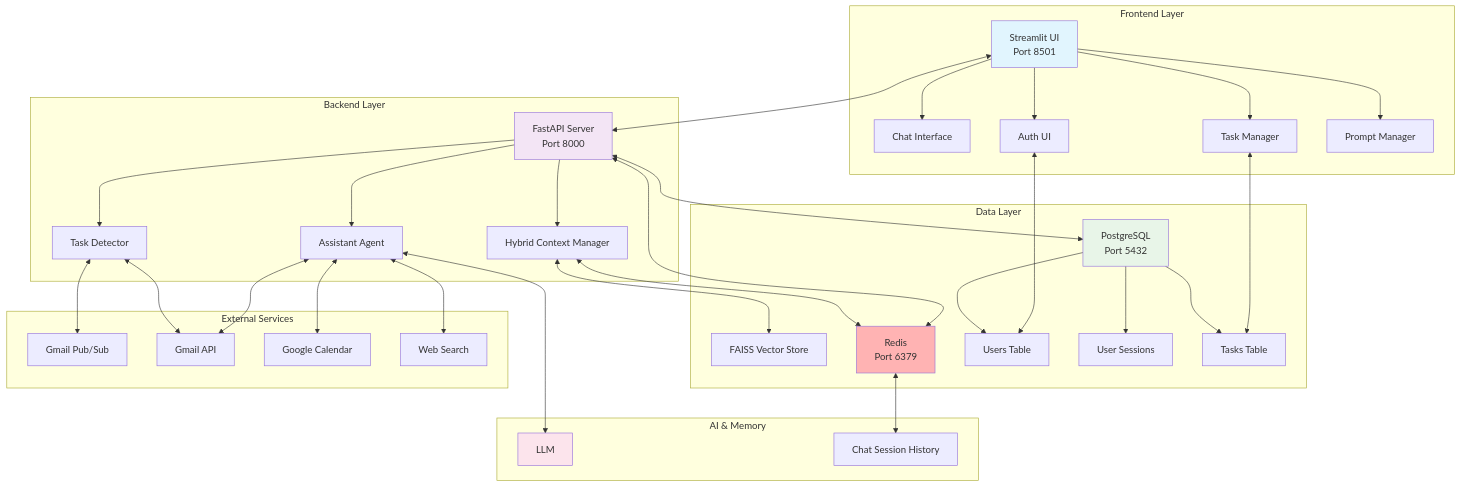
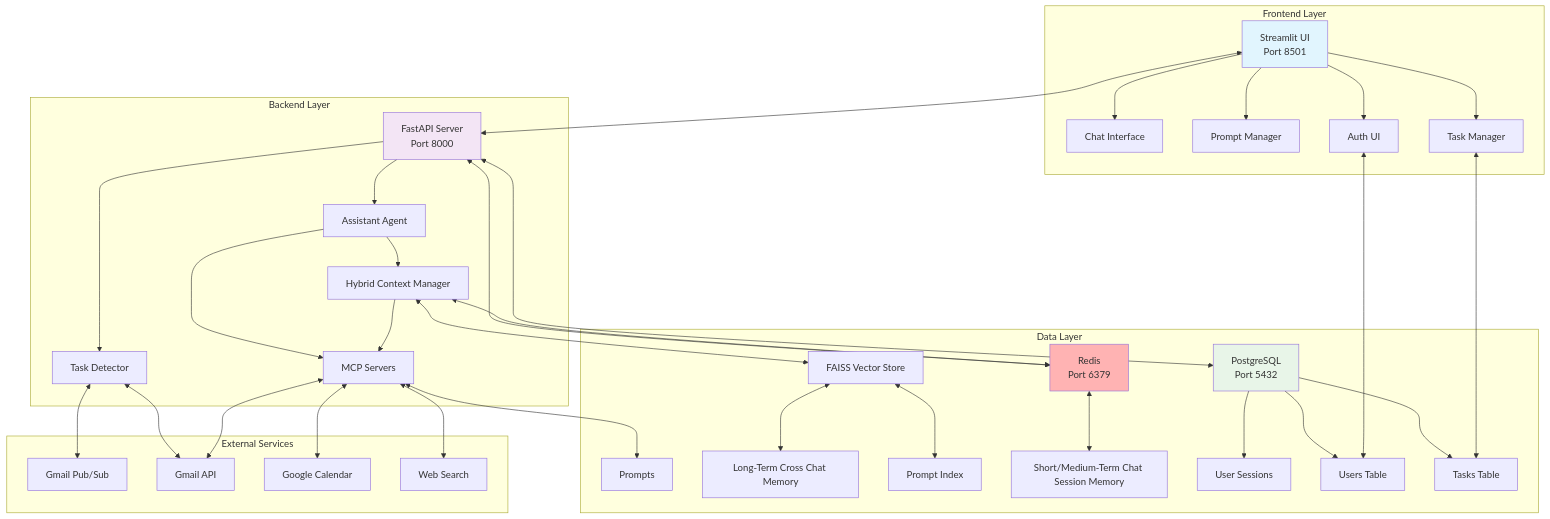
The first of 7 diagrams in README.md (ThibautHurson/AssistantToTheRegionalManager), drawn with Mermaid before and after one commit.

Commit message:
Enhance diagram

````diff
--- a/README.md
+++ b/README.md
@@ -28,80 +28,82 @@
 ```mermaid
 graph TB
     subgraph "Frontend Layer"
         A[Streamlit UI<br/>Port 8501]
         A1[Chat Interface]
+        A4[Prompt Manager]
         A2[Task Manager]
         A3[Auth UI]
-        A4[Prompt Manager]
         A --> A1
         A --> A2
         A --> A3
         A --> A4
     end
     
     subgraph "Backend Layer"
         B[FastAPI Server<br/>Port 8000]
         C[Assistant Agent]
         D[Task Detector]
         E[Hybrid Context Manager]
+        F[MCP Servers]
         
         B --> C
         B --> D
-        B --> E
+        C --> E
+        C --> F
+        E --> F
     end
     
     subgraph "Data Layer"
         G[PostgreSQL<br/>Port 5432]
         I[FAISS Vector Store]
         H[Redis<br/>Port 6379]
 
+        Q[Prompts]
+        O[Long-Term Cross Chat Memory]
+        R[Prompt Index]
+        P[Short/Medium-Term Chat Session Memory]
+
+        G3[User Sessions]
         G1[Users Table]
-        G3[User Sessions]
         G2[Tasks Table]
         G --> G1
         G --> G2
         G --> G3
     end
     
     subgraph "External Services"
         M[Gmail Pub/Sub]
         J[Gmail API]
         K[Google Calendar]
         L[Web Search]
     end
     
-    subgraph "AI & Memory"
-        N[LLM]
-        P[Chat Session History]
-    end
-    
     %% Frontend to Backend
     A <--> B
     A3 <--> G1
     A2 <--> G2
     
     %% Backend to Data
     B <--> G
+    B <--> H
     E <--> H
-    B <--> H
     E <--> I
     
     %% External Integrations
     D <--> J
     D <--> M
-    C <--> J
-    C <--> K
-    C <--> L
-    
-    %% AI & Memory Connections
-    C <--> N
+    F <--> J
+    F <--> K
+    F <--> L
     
     %% Data Flow
+    F <--> Q
+    I <--> O
+    I <--> R
     H <--> P
     
     style A fill:#e1f5fe
     style B fill:#f3e5f5
     style G fill:#e8f5e8
-    style N fill:#fce4ec
     style H fill:#ffb3b3
 ```
````
